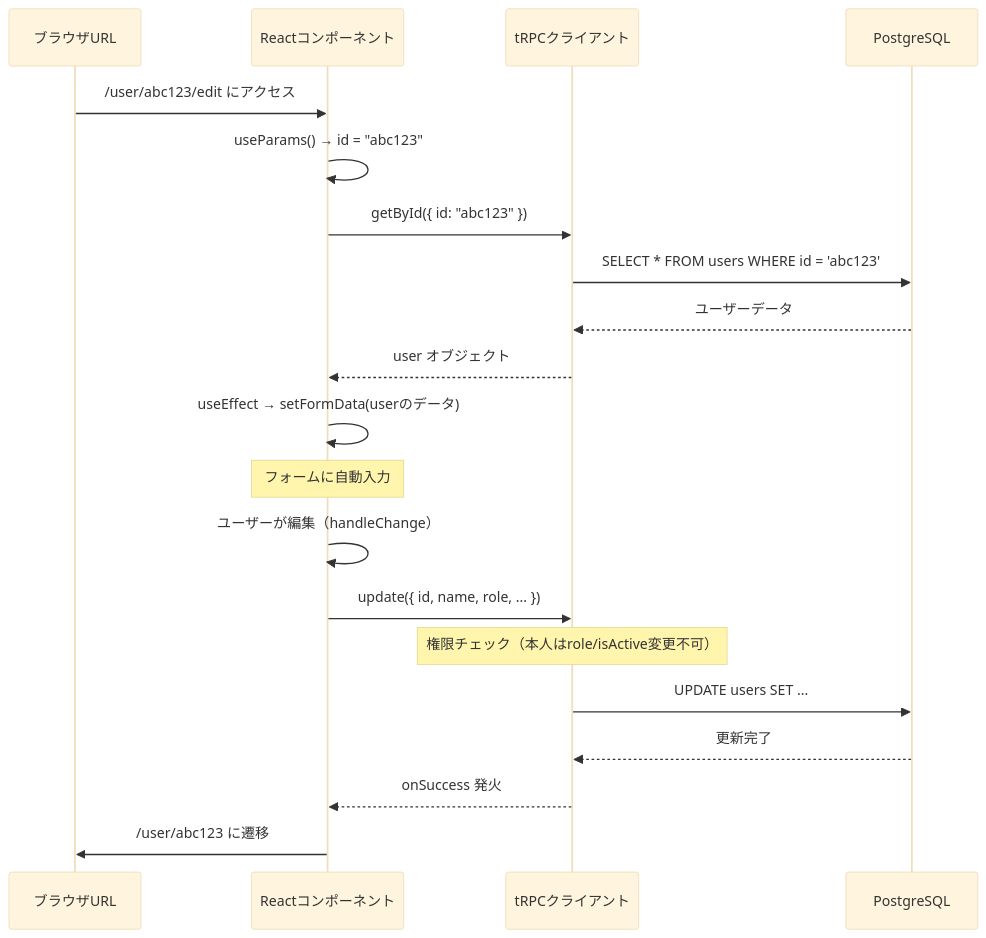
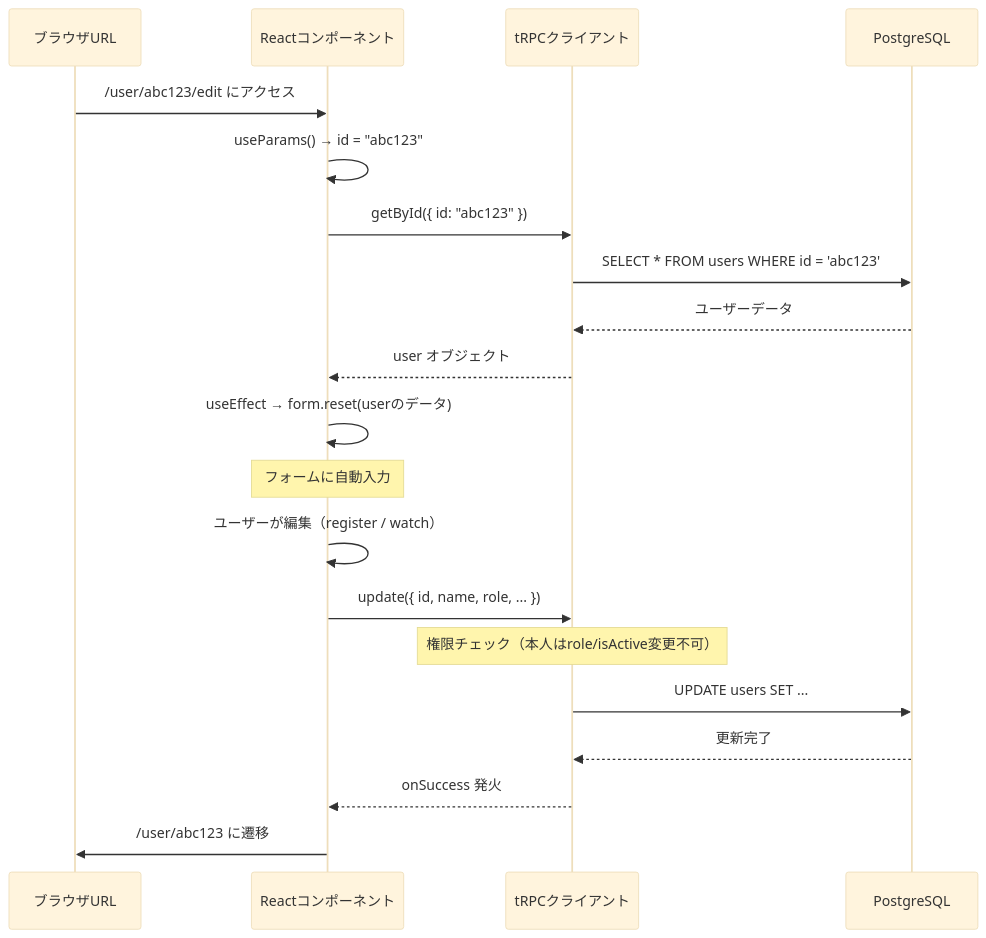
The second of 2 diagrams in material/30days-curriculum/day29_ユーザー詳細・編集ページを作ろう.md (kouiso/task-app), drawn with Mermaid (base theme) before and after one commit. The commit also changed other lines of this file and 93 other files, not shown here.

````diff
--- a/material/30days-curriculum/day29_ユーザー詳細・編集ページを作ろう.md
+++ b/material/30days-curriculum/day29_ユーザー詳細・編集ページを作ろう.md
@@ -1461,23 +1459,23 @@
 ```mermaid
 sequenceDiagram
     participant URL as ブラウザURL
     participant Comp as Reactコンポーネント
     participant tRPC as tRPCクライアント
     participant DB as PostgreSQL
 
     URL->>Comp: /user/abc123/edit にアクセス
     Comp->>Comp: useParams() → id = "abc123"
     Comp->>tRPC: getById({ id: "abc123" })
     tRPC->>DB: SELECT * FROM users WHERE id = 'abc123'
     DB-->>tRPC: ユーザーデータ
     tRPC-->>Comp: user オブジェクト
-    Comp->>Comp: useEffect → setFormData(userのデータ)
+    Comp->>Comp: useEffect → form.reset(userのデータ)
     Note over Comp: フォームに自動入力
-    Comp->>Comp: ユーザーが編集（handleChange）
+    Comp->>Comp: ユーザーが編集（register / watch）
     Comp->>tRPC: update({ id, name, role, ... })
     Note over tRPC: 権限チェック（本人はrole/isActive変更不可）
     tRPC->>DB: UPDATE users SET ...
     DB-->>tRPC: 更新完了
     tRPC-->>Comp: onSuccess 発火
     Comp->>URL: /user/abc123 に遷移
 ```
````
